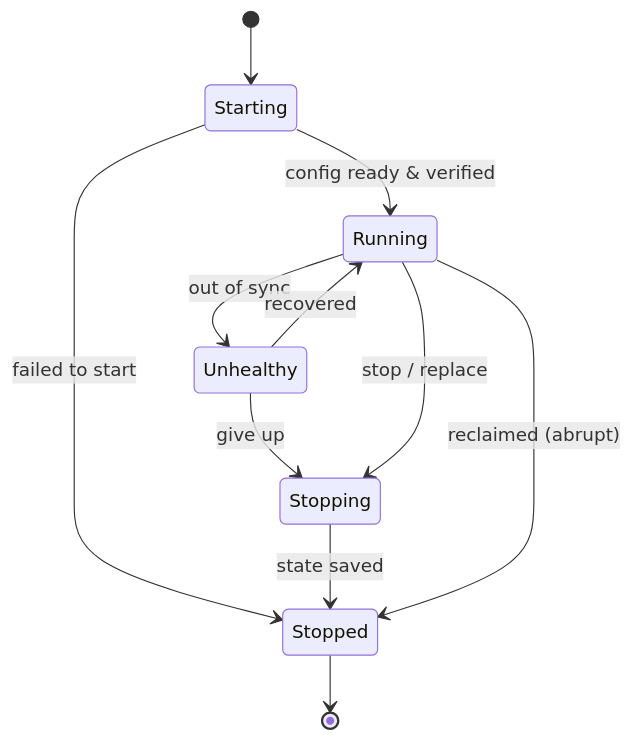
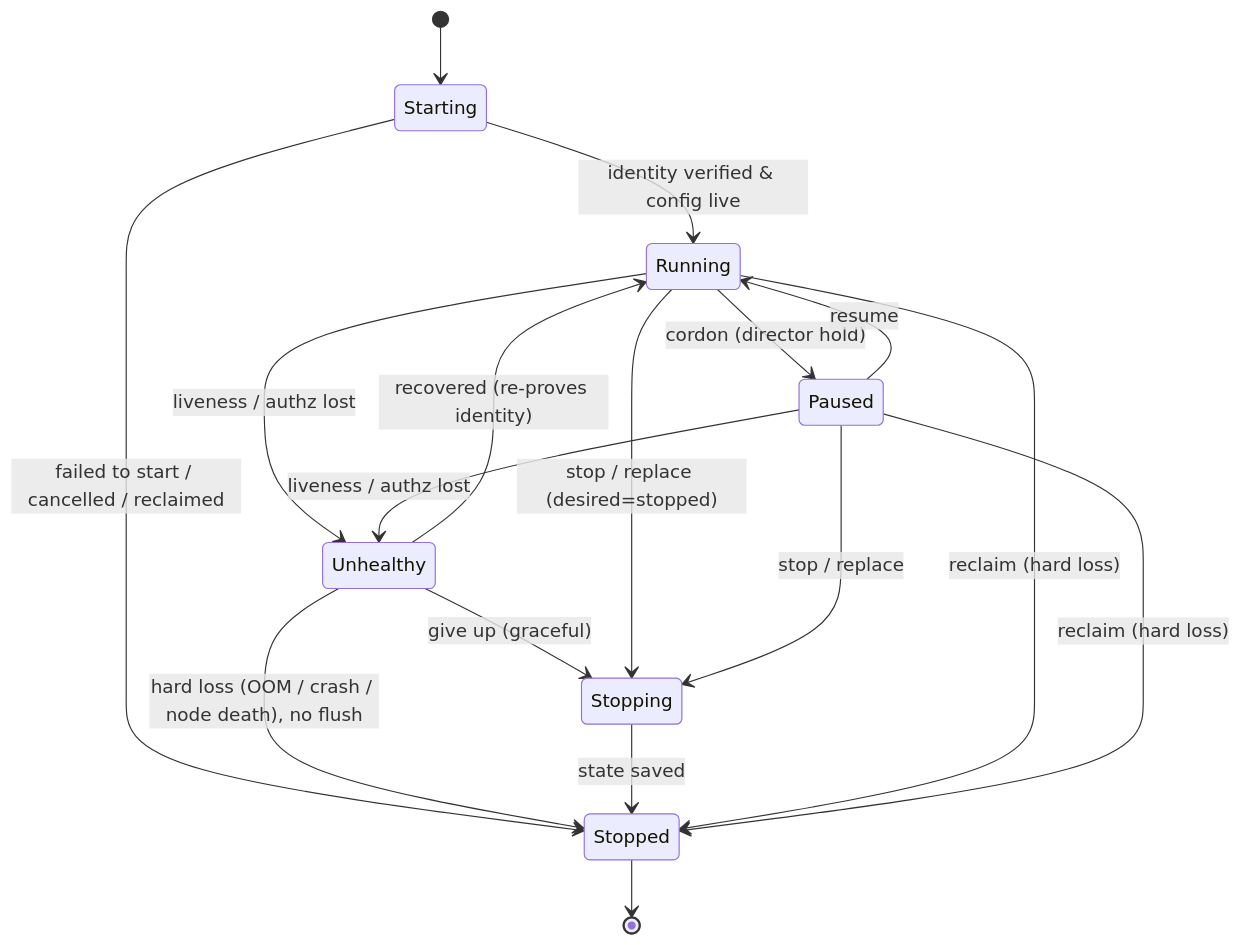
Before and after one commit to openabdev/studio: the diagram in docs/adr/agent-lifecycle.md, drawn with Mermaid. The commit also changed other lines of this file and 1 other file, not shown here.

````diff
--- a/docs/adr/agent-lifecycle.md
+++ b/docs/adr/agent-lifecycle.md
@@ -27,13 +45,19 @@
 ```mermaid
 stateDiagram-v2
     [*] --> Starting
-    Starting --> Running    : config ready & verified
-    Starting --> Stopped    : failed to start
-    Running   --> Unhealthy : out of sync
-    Unhealthy --> Running   : recovered
-    Unhealthy --> Stopping  : give up
-    Running   --> Stopping  : stop / replace
+    Starting  --> Running   : identity verified & config live
+    Starting  --> Stopped   : failed to start / cancelled / reclaimed
+    Running   --> Paused    : cordon (director hold)
+    Paused    --> Running   : resume
+    Running   --> Unhealthy : liveness / authz lost
+    Paused    --> Unhealthy : liveness / authz lost
+    Unhealthy --> Running   : recovered (re-proves identity)
+    Unhealthy --> Stopping  : give up (graceful)
+    Unhealthy --> Stopped   : hard loss (OOM / crash / node death), no flush
+    Running   --> Stopping  : stop / replace (desired=stopped)
+    Paused    --> Stopping  : stop / replace
     Stopping  --> Stopped   : state saved
-    Running   --> Stopped   : reclaimed (abrupt)
-    Stopped --> [*]
+    Running   --> Stopped   : reclaim (hard loss)
+    Paused    --> Stopped   : reclaim (hard loss)
+    Stopped   --> [*]
 ```
````
